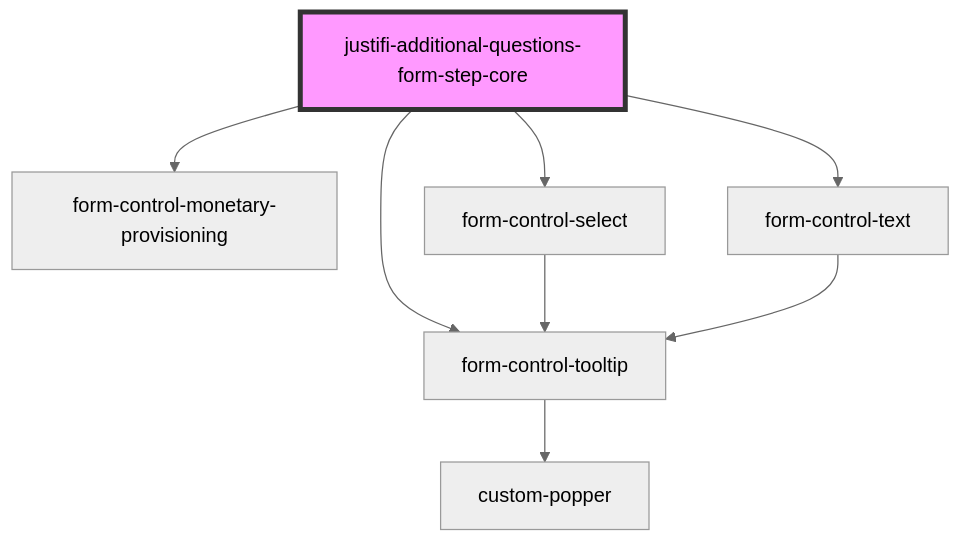
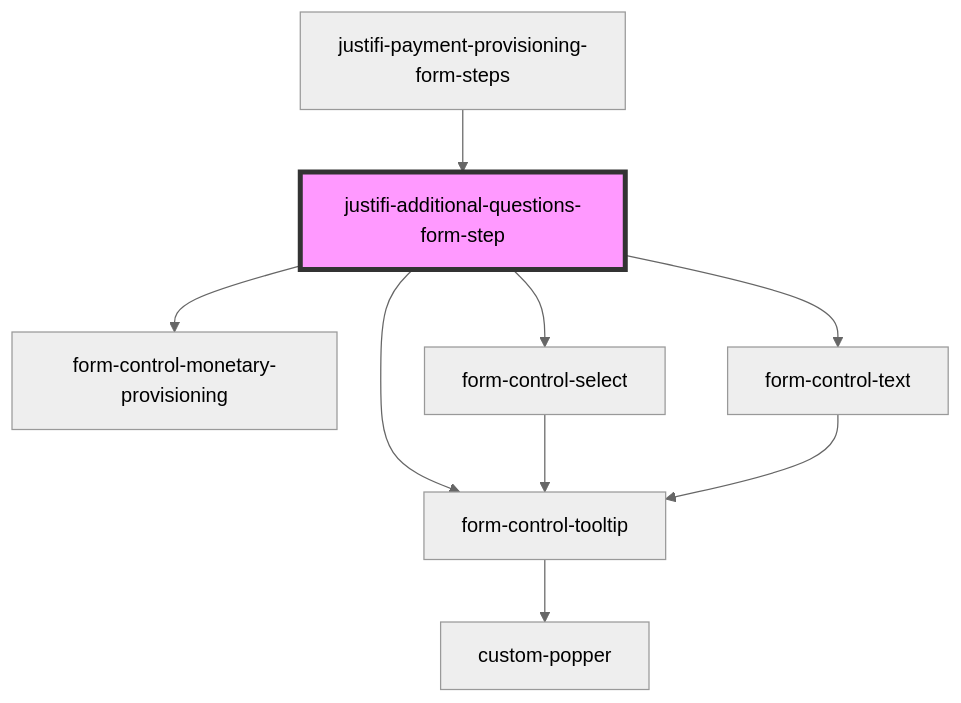
The diagram in packages/webcomponents/src/components/business-forms/payment-provisioning/additional-questions/readme.md (justifi-tech/web-component-library), drawn with Mermaid (neutral theme) before and after one commit. The commit also changed other lines of this file and 7 other files, not shown here.

````diff
--- a/packages/webcomponents/src/components/business-forms/payment-provisioning/additional-questions/readme.md
+++ b/packages/webcomponents/src/components/business-forms/payment-provisioning/additional-questions/readme.md
@@ -55,11 +59,12 @@
 ```mermaid
 graph TD;
-  justifi-additional-questions-form-step-core --> form-control-tooltip
-  justifi-additional-questions-form-step-core --> form-control-monetary-provisioning
-  justifi-additional-questions-form-step-core --> form-control-select
-  justifi-additional-questions-form-step-core --> form-control-text
+  justifi-additional-questions-form-step --> form-control-tooltip
+  justifi-additional-questions-form-step --> form-control-monetary-provisioning
+  justifi-additional-questions-form-step --> form-control-select
+  justifi-additional-questions-form-step --> form-control-text
   form-control-tooltip --> custom-popper
   form-control-select --> form-control-tooltip
   form-control-text --> form-control-tooltip
-  style justifi-additional-questions-form-step-core fill:#f9f,stroke:#333,stroke-width:4px
+  justifi-payment-provisioning-form-steps --> justifi-additional-questions-form-step
+  style justifi-additional-questions-form-step fill:#f9f,stroke:#333,stroke-width:4px
 ```
````
